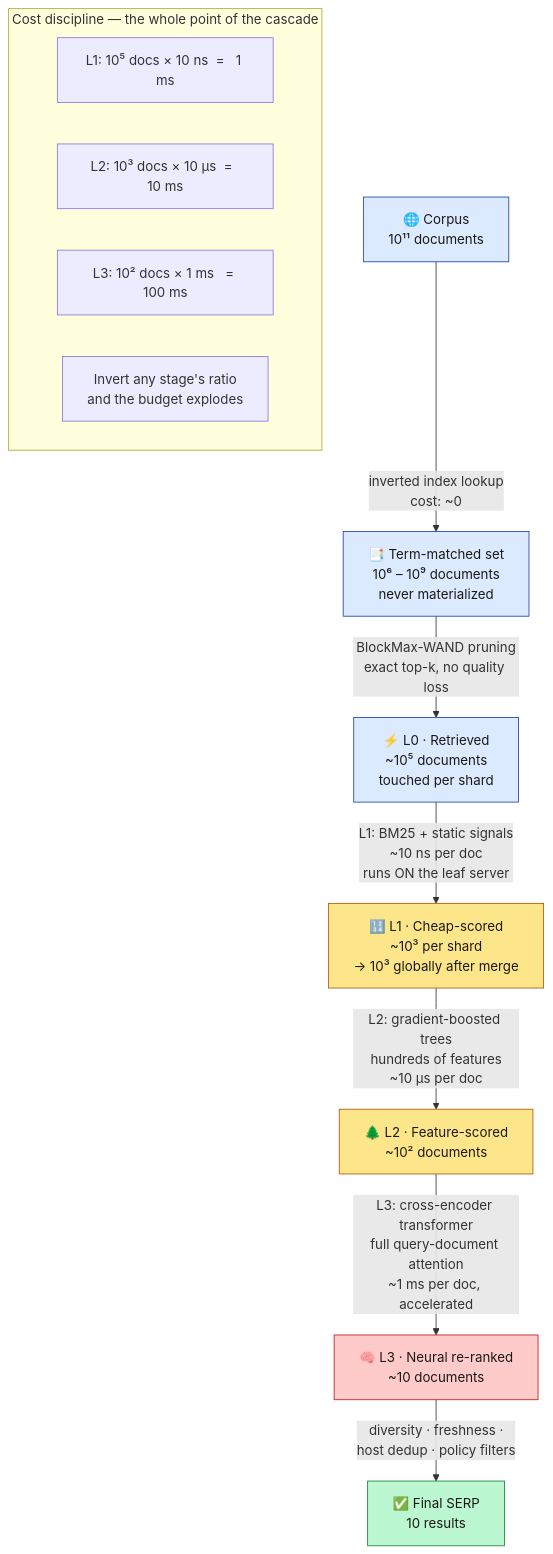
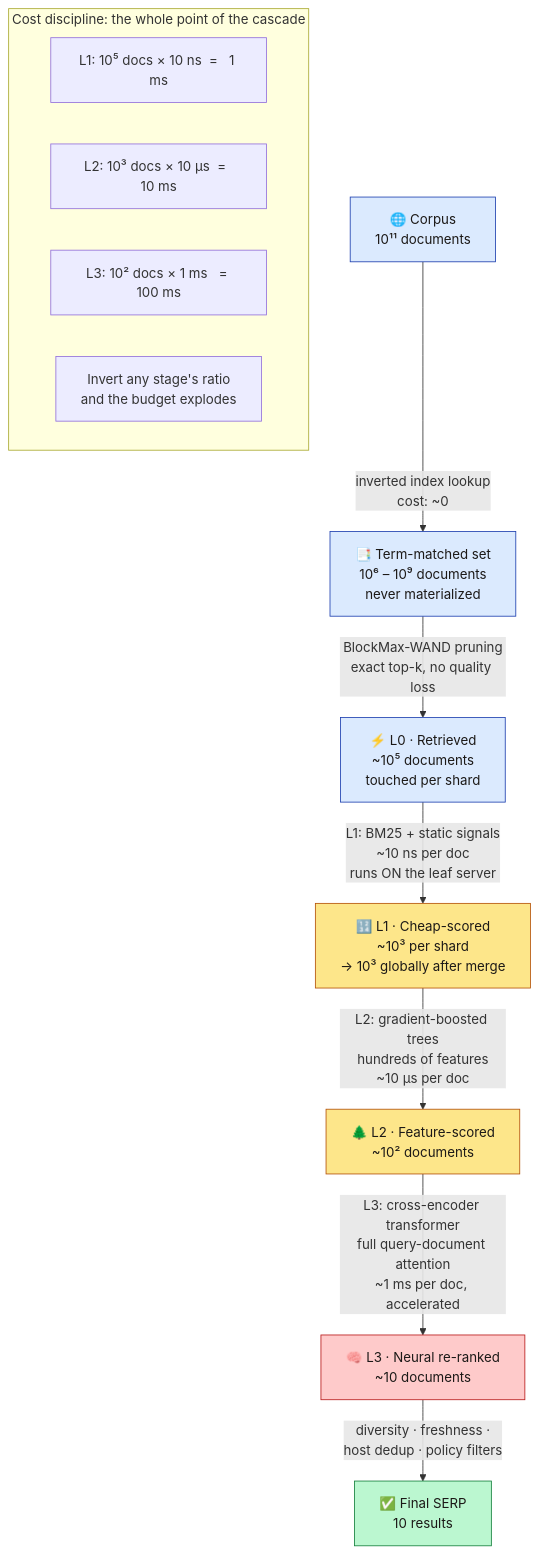
One commit to ahmedselimmansor-ctrl/google-search-system-design changed the first of 7 diagrams in docs/en/08-ranking.md. Above: the diagram before and after it, drawn with Mermaid. The commit also changed other lines of this file and 89 other files, not shown here.

````diff
--- a/docs/en/08-ranking.md
+++ b/docs/en/08-ranking.md
@@ -21,32 +21,32 @@
 ```mermaid
 flowchart TB
     C0["🌐 Corpus<br/>10¹¹ documents"]
 
     C0 -->|"inverted index lookup<br/>cost: ~0"| C1["📑 Term-matched set<br/>10⁶ – 10⁹ documents<br/>never materialized"]
 
     C1 -->|"BlockMax-WAND pruning<br/>exact top-k, no quality loss"| C2["⚡ L0 · Retrieved<br/>~10⁵ documents<br/>touched per shard"]
 
     C2 -->|"L1: BM25 + static signals<br/>~10 ns per doc<br/>runs ON the leaf server"| C3["🔢 L1 · Cheap-scored<br/>~10³ per shard<br/>→ 10³ globally after merge"]
 
     C3 -->|"L2: gradient-boosted trees<br/>hundreds of features<br/>~10 µs per doc"| C4["🌲 L2 · Feature-scored<br/>~10² documents"]
 
     C4 -->|"L3: cross-encoder transformer<br/>full query-document attention<br/>~1 ms per doc, accelerated"| C5["🧠 L3 · Neural re-ranked<br/>~10 documents"]
 
     C5 -->|"diversity · freshness ·<br/>host dedup · policy filters"| C6["✅ Final SERP<br/>10 results"]
 
-    subgraph BUDGET["Cost discipline — the whole point of the cascade"]
+    subgraph BUDGET["Cost discipline: the whole point of the cascade"]
         B1["L1: 10⁵ docs × 10 ns  =   1 ms"]
         B2["L2: 10³ docs × 10 µs  =  10 ms"]
         B3["L3: 10² docs × 1 ms   = 100 ms"]
         B4["Invert any stage's ratio<br/>and the budget explodes"]
     end
 
     classDef wide fill:#dbeafe,stroke:#1e40af,color:#1c1917
     classDef mid fill:#fde68a,stroke:#b45309,color:#1c1917
     classDef narrow fill:#fecaca,stroke:#b91c1c,color:#1c1917
     classDef final fill:#bbf7d0,stroke:#15803d,color:#1c1917
     class C0,C1,C2 wide
     class C3,C4 mid
     class C5 narrow
     class C6 final
 ```
````
